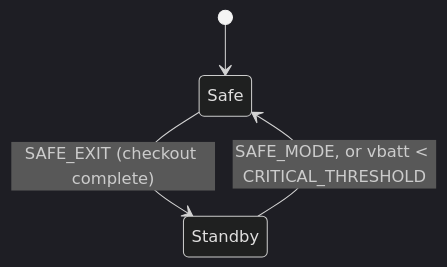
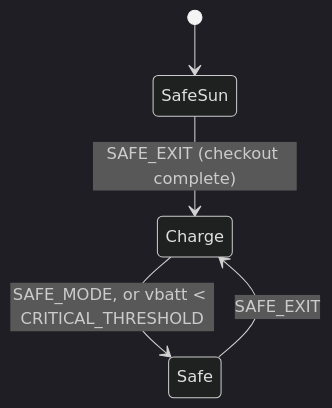
The fifth of 6 diagrams in docs/sdd.md (UWCubeSat/hs2-software-design), drawn with Mermaid (dark theme) before and after one commit. The commit also changed other lines of this file and 9 other files, not shown here.

Commit message:
docs: fix diagrams

````diff
--- a/docs/sdd.md
+++ b/docs/sdd.md
@@ -504,6 +509,7 @@
 ```mermaid
 stateDiagram-v2
-    [*] --> Safe
-    Safe --> Standby: SAFE_EXIT (checkout complete)
-    Standby --> Safe: SAFE_MODE, or vbatt < CRITICAL_THRESHOLD
+    [*] --> SafeSun
+    SafeSun --> Charge: SAFE_EXIT (checkout complete)
+    Safe --> Charge: SAFE_EXIT
+    Charge --> Safe: SAFE_MODE, or vbatt < CRITICAL_THRESHOLD
 ```
````
